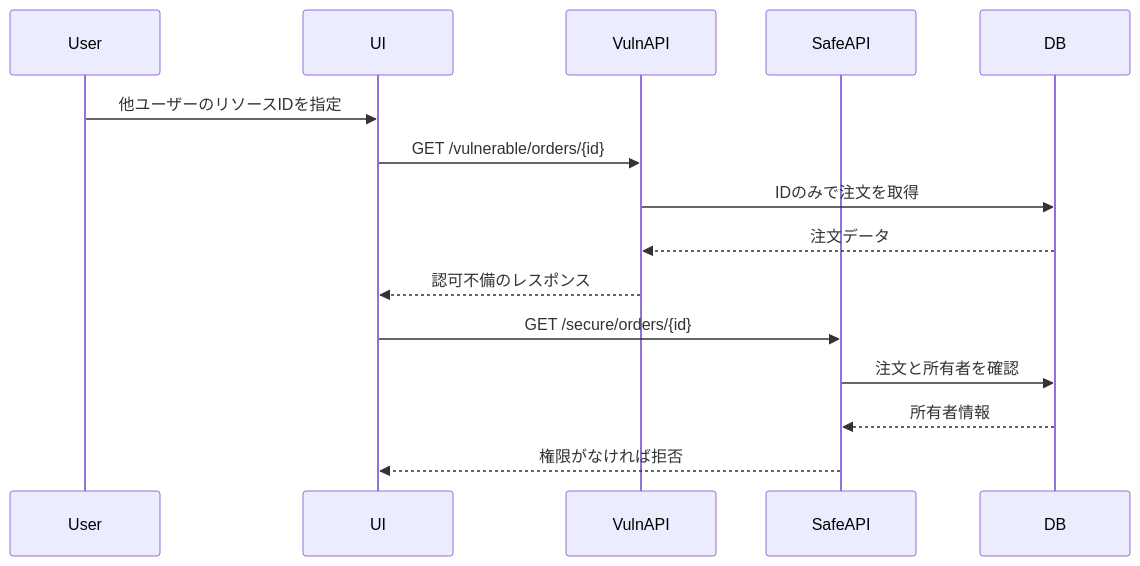
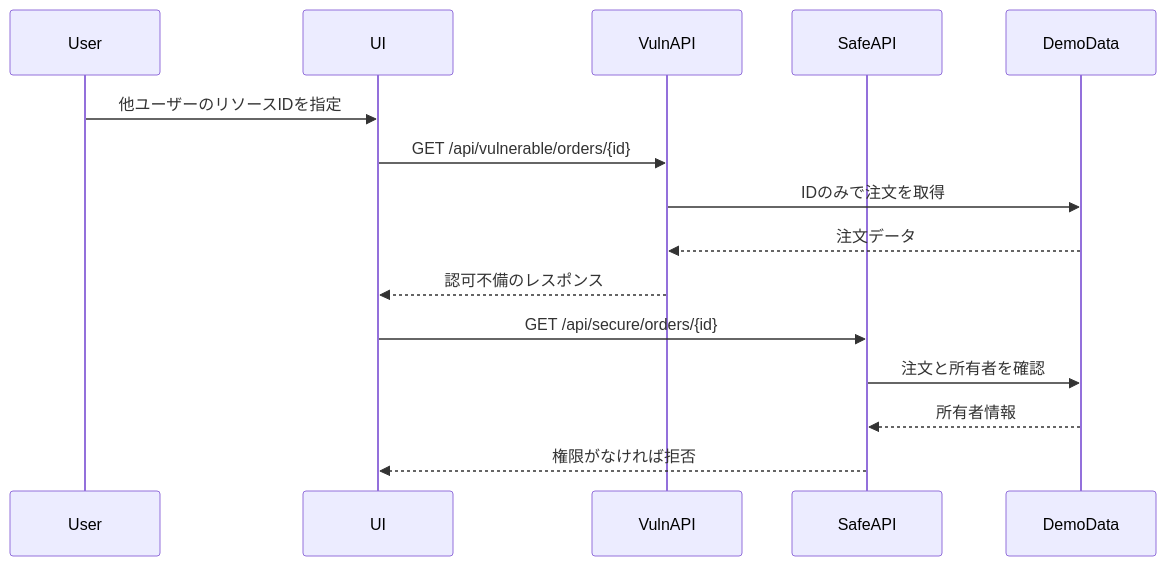
Before and after one commit to kiryu1211/api-security-lab-platform: the third of 5 diagrams in docs/design.ja.md, drawn with Mermaid. The commit also changed other lines of this file and 10 other files, not shown here.

````diff
--- a/docs/design.ja.md
+++ b/docs/design.ja.md
@@ -65,18 +67,18 @@
 ```mermaid
 sequenceDiagram
     participant User
     participant UI
     participant VulnAPI
     participant SafeAPI
-    participant DB
+    participant DemoData
 
     User->>UI: 他ユーザーのリソースIDを指定
-    UI->>VulnAPI: GET /vulnerable/orders/{id}
-    VulnAPI->>DB: IDのみで注文を取得
-    DB-->>VulnAPI: 注文データ
+    UI->>VulnAPI: GET /api/vulnerable/orders/{id}
+    VulnAPI->>DemoData: IDのみで注文を取得
+    DemoData-->>VulnAPI: 注文データ
     VulnAPI-->>UI: 認可不備のレスポンス
-    UI->>SafeAPI: GET /secure/orders/{id}
-    SafeAPI->>DB: 注文と所有者を確認
-    DB-->>SafeAPI: 所有者情報
+    UI->>SafeAPI: GET /api/secure/orders/{id}
+    SafeAPI->>DemoData: 注文と所有者を確認
+    DemoData-->>SafeAPI: 所有者情報
     SafeAPI-->>UI: 権限がなければ拒否
 ```
````
